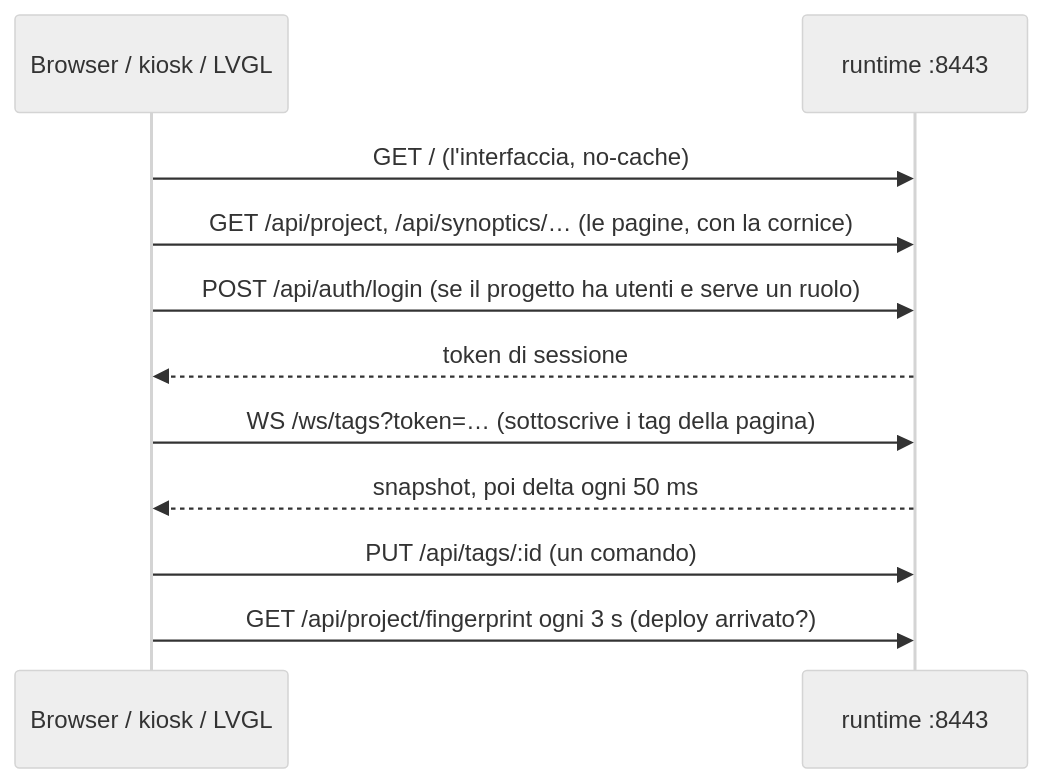
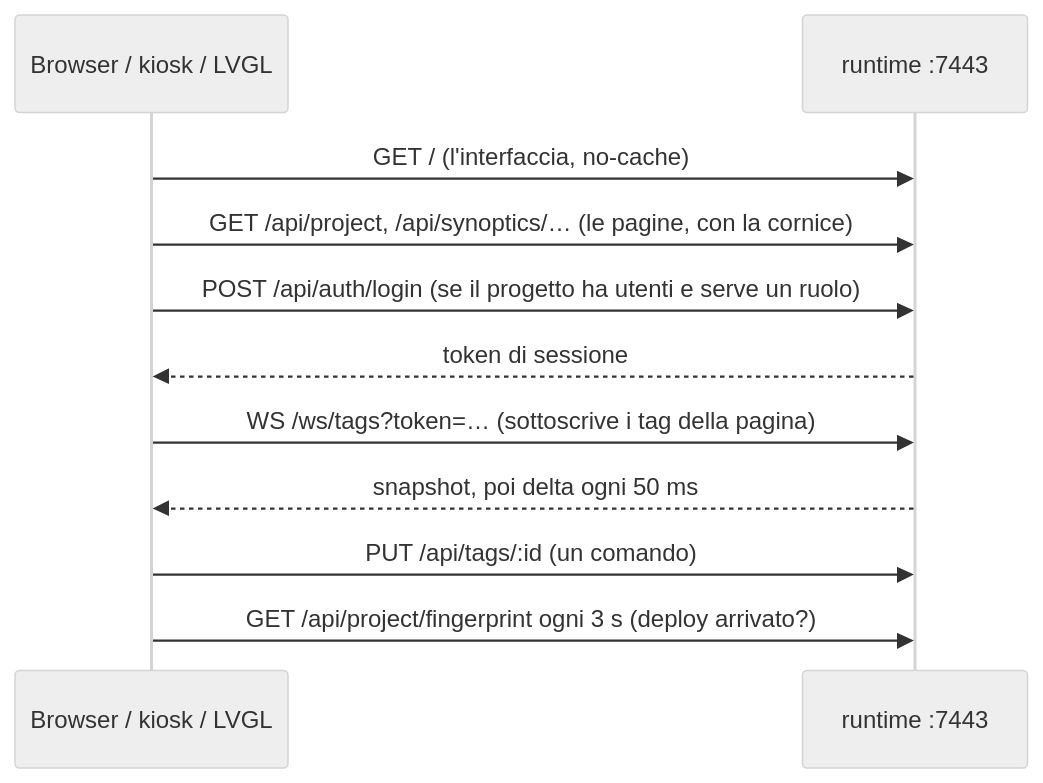
Before and after one commit to soligolab/sws: the fourth of 7 diagrams in docs/manual/18_container_e_comunicazione.md, drawn with Mermaid (neutral theme). The commit also changed other lines of this file and 88 other files, not shown here.

````diff
--- a/docs/manual/18_container_e_comunicazione.md
+++ b/docs/manual/18_container_e_comunicazione.md
@@ -293,13 +301,13 @@
 ```mermaid
 sequenceDiagram
   participant B as Browser / kiosk / LVGL
-  participant R as runtime :8443
+  participant R as runtime :7443
   B->>R: GET /  (l'interfaccia, no-cache)
   B->>R: GET /api/project, /api/synoptics/… (le pagine, con la cornice)
   B->>R: POST /api/auth/login (se il progetto ha utenti e serve un ruolo)
   R-->>B: token di sessione
   B->>R: WS /ws/tags?token=… (sottoscrive i tag della pagina)
   R-->>B: snapshot, poi delta ogni 50 ms
   B->>R: PUT /api/tags/:id (un comando)
   B->>R: GET /api/project/fingerprint ogni 3 s (deploy arrivato?)
 ```
````
